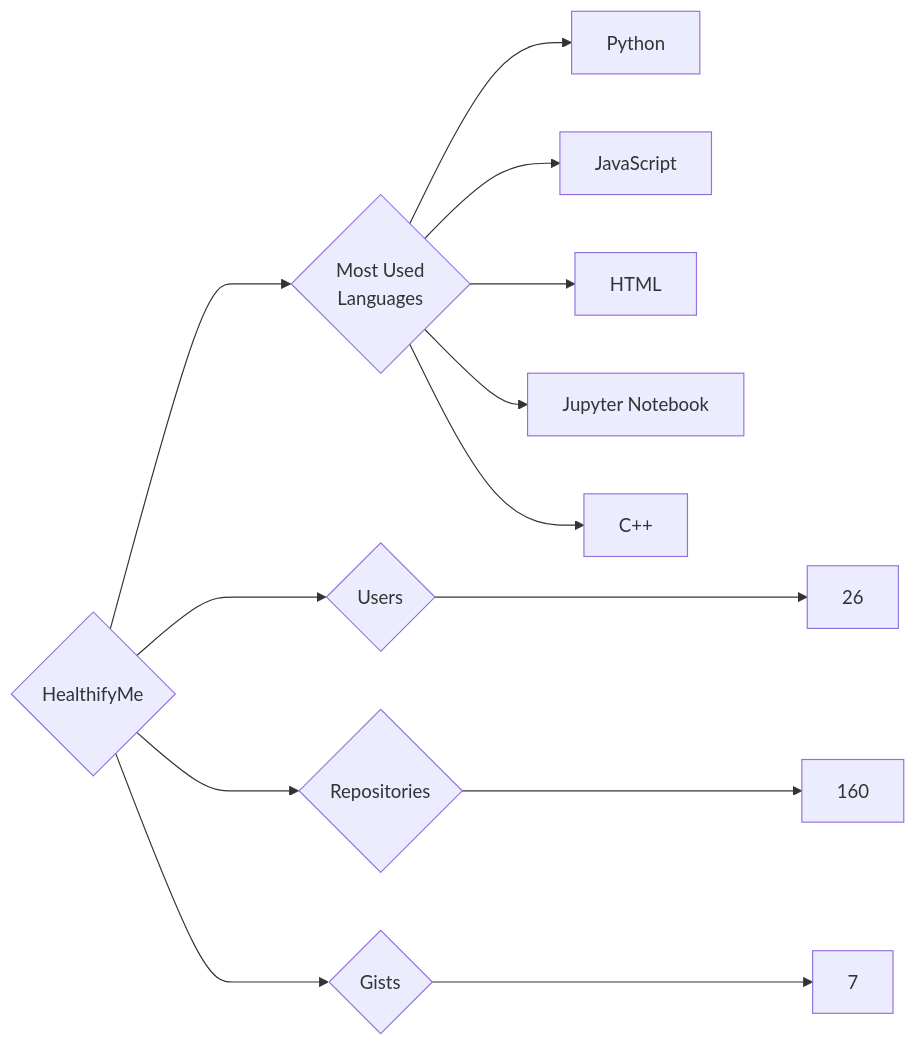
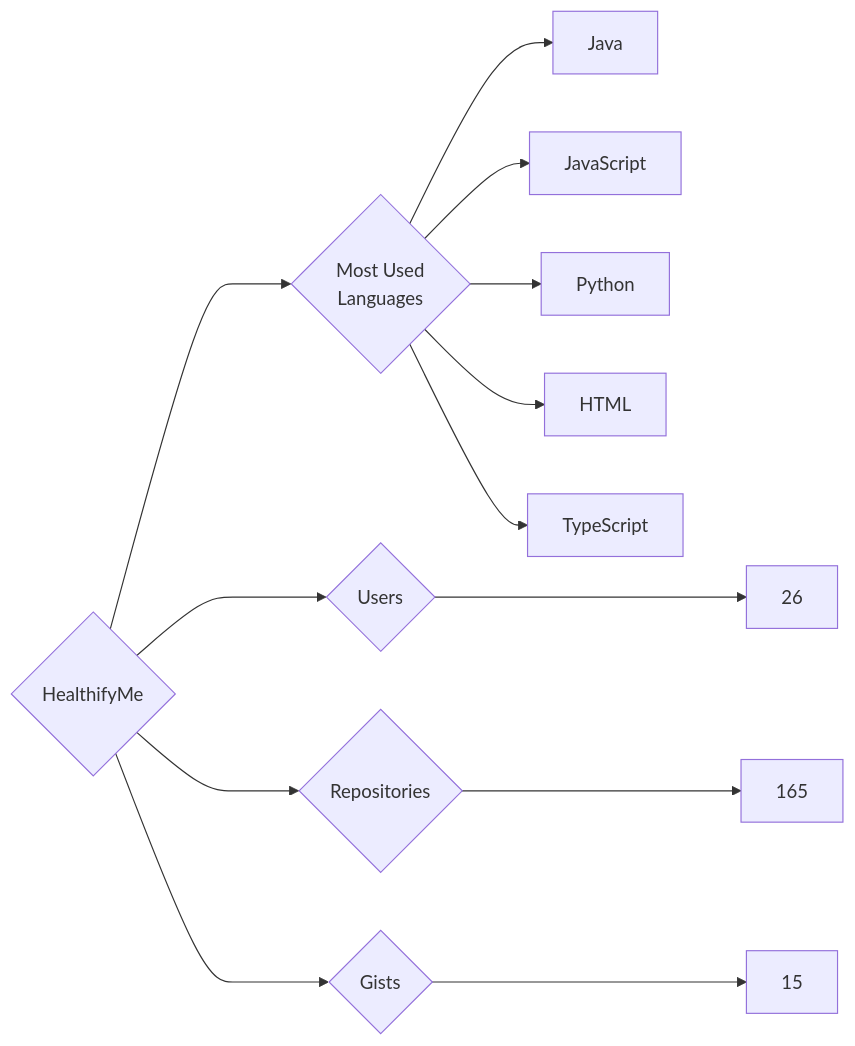
Before and after one commit to trickest/insiders: the diagram in targets/HealthifyMe/README.md, drawn with Mermaid. The commit also changed 845 other files, not shown here.

````diff
--- a/targets/HealthifyMe/README.md
+++ b/targets/HealthifyMe/README.md
@@ -3,13 +3,13 @@
 ```mermaid
 graph LR
 COMPANY_NAME{HealthifyMe}
 COMPANY_NAME ---> U{Users} ---> UN[26]
-COMPANY_NAME ---> R{Repositories} ---> RN[160]
-COMPANY_NAME ---> G{Gists} ---> GN[7]
+COMPANY_NAME ---> R{Repositories} ---> RN[165]
+COMPANY_NAME ---> G{Gists} ---> GN[15]
 COMPANY_NAME ---> ML{Most Used<br>Languages}
+ML --> Java[Java]
+ML --> JavaScript[JavaScript]
 ML --> Python[Python]
-ML --> JavaScript[JavaScript]
 ML --> HTML[HTML]
-ML --> Jupyter_Notebook[Jupyter Notebook]
-ML --> C++[C++]
+ML --> TypeScript[TypeScript]
 ```
````
